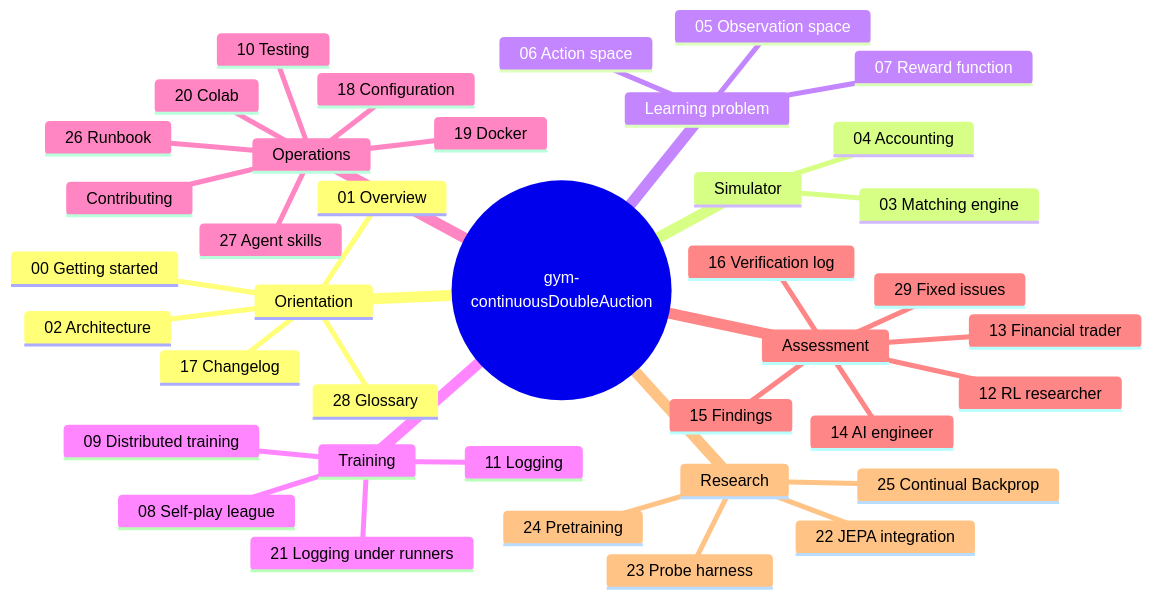
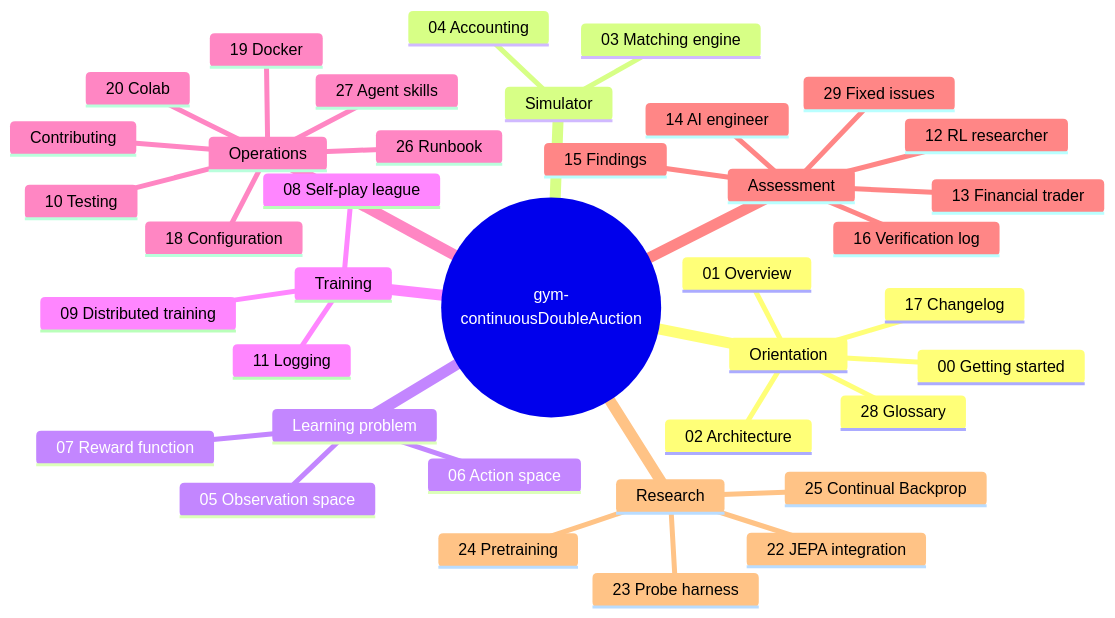
Before and after one commit to ChuaCheowHuan/gym-continuousDoubleAuction: the diagram in docs/README.md, drawn with Mermaid. The commit also changed other lines of this file and 5 other files, not shown here.

````diff
--- a/docs/README.md
+++ b/docs/README.md
@@ -9,42 +9,41 @@
 ```mermaid
 mindmap
   root(("gym-continuousDoubleAuction"))
     Orientation
       00 Getting started
       01 Overview
       02 Architecture
       28 Glossary
       17 Changelog
     Simulator
       03 Matching engine
       04 Accounting
     Learning problem
       05 Observation space
       06 Action space
       07 Reward function
     Training
       08 Self-play league
       09 Distributed training
       11 Logging
-      21 Logging under runners
     Operations
       26 Runbook
       27 Agent skills
       18 Configuration
       19 Docker
       20 Colab
       10 Testing
       Contributing
     Assessment
       12 RL researcher
       13 Financial trader
       14 AI engineer
       15 Findings
       29 Fixed issues
       16 Verification log
     Research
       22 JEPA integration
       23 Probe harness
       24 Pretraining
       25 Continual Backprop
 ```
````
